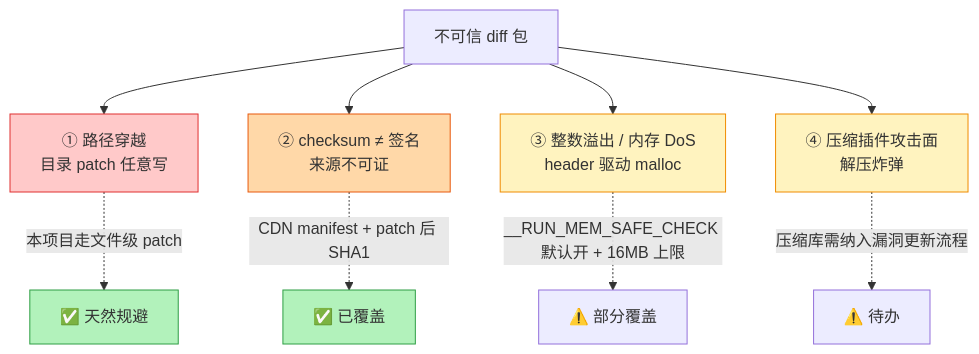
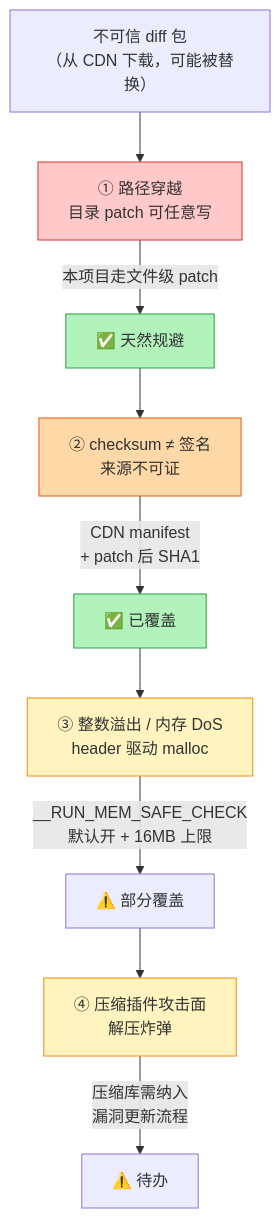
One commit to fankidark/tech-site changed the diagram in docs/hot-update/hdiff-security.md. Above: the diagram before and after it, drawn with Mermaid. The commit also changed 13 other files, not shown here.

First line of the commit message:
fix(diagram): 修复流程图节点内容显示不全 —— 宽度从最差 0.18 缩放到 0.72

````diff
--- a/docs/hot-update/hdiff-security.md
+++ b/docs/hot-update/hdiff-security.md
@@ -36,19 +36,18 @@
 ```mermaid
 flowchart TB
-    A["不可信 diff 包"] --> R1["① 路径穿越<br/>目录 patch 任意写"]
-    A --> R2["② checksum ≠ 签名<br/>来源不可证"]
-    A --> R3["③ 整数溢出 / 内存 DoS<br/>header 驱动 malloc"]
-    A --> R4["④ 压缩插件攻击面<br/>解压炸弹"]
-
-    R1 -.->|"本项目走文件级 patch"| OK1["✅ 天然规避"]
-    R2 -.->|"CDN manifest + patch 后 SHA1"| OK2["✅ 已覆盖"]
-    R3 -.->|"__RUN_MEM_SAFE_CHECK 默认开 + 16MB 上限"| OK3["⚠️ 部分覆盖"]
-    R4 -.->|"压缩库需纳入漏洞更新流程"| OK4["⚠️ 待办"]
+    A["不可信 diff 包<br/>（从 CDN 下载，可能被替换）"] --> R1["① 路径穿越<br/>目录 patch 可任意写"]
+    R1 -->|"本项目走文件级 patch"| OK1["✅ 天然规避"]
+    OK1 --> R2["② checksum ≠ 签名<br/>来源不可证"]
+    R2 -->|"CDN manifest<br/>+ patch 后 SHA1"| OK2["✅ 已覆盖"]
+    OK2 --> R3["③ 整数溢出 / 内存 DoS<br/>header 驱动 malloc"]
+    R3 -->|"__RUN_MEM_SAFE_CHECK<br/>默认开 + 16MB 上限"| OK3["⚠️ 部分覆盖"]
+    OK3 --> R4["④ 压缩插件攻击面<br/>解压炸弹"]
+    R4 -->|"压缩库需纳入<br/>漏洞更新流程"| OK4["⚠️ 待办"]
 
     style R1 fill:#ffc9c9,stroke:#e03131
     style R2 fill:#ffd8a8,stroke:#e8590c
     style R3 fill:#fff3bf,stroke:#f08c00
     style R4 fill:#fff3bf,stroke:#f08c00
     style OK1 fill:#b2f2bb,stroke:#2f9e44
     style OK2 fill:#b2f2bb,stroke:#2f9e44
 ```
````
